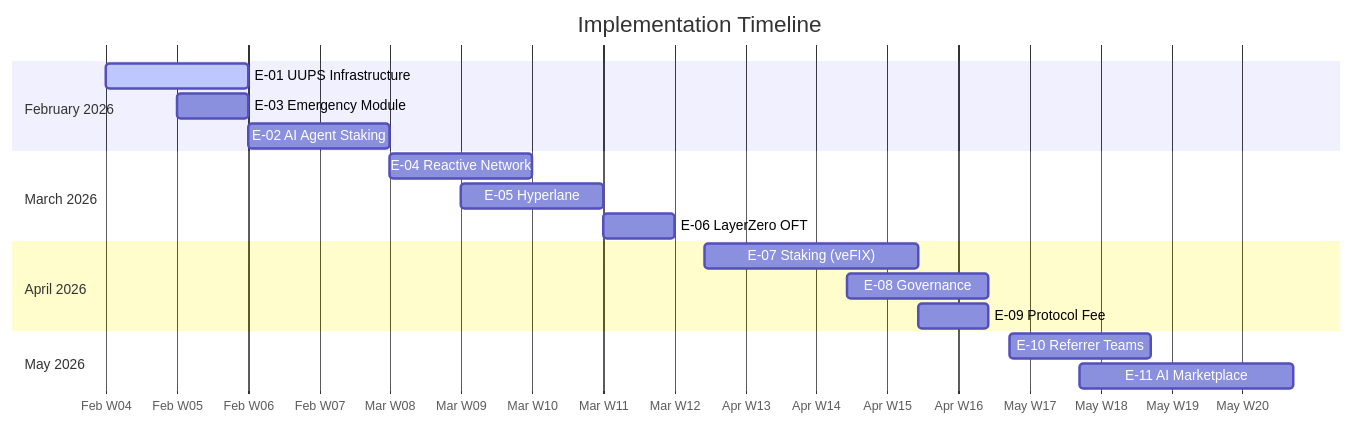
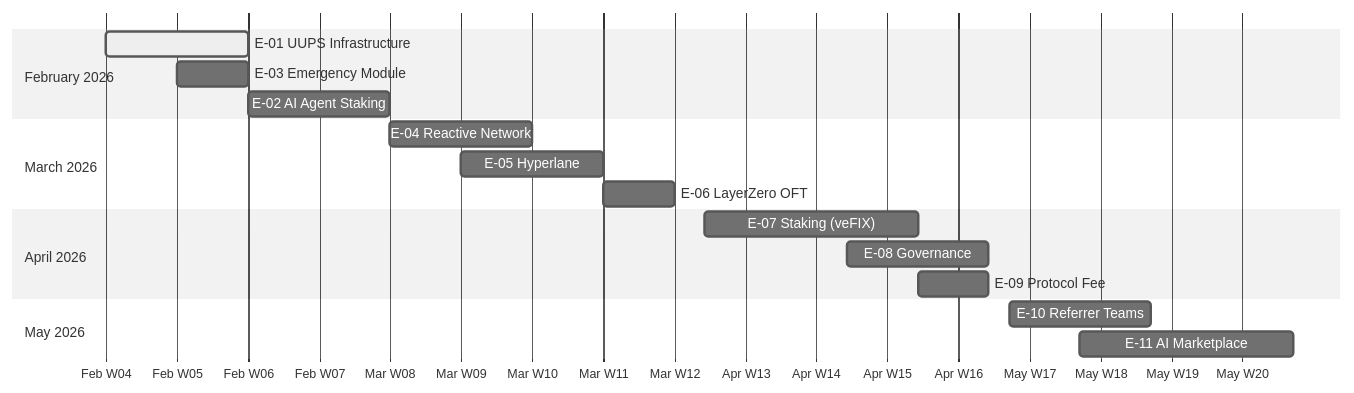
One commit to guglxni/the-fixer-hook changed the diagram in docs/IMPLEMENTATION_TASKS.md. Above: the diagram before and after it, drawn with Mermaid. The commit also changed other lines of this file and 514 other files, not shown here.

Commit message:
Clean docs: remove emojis, add professional mermaid styling

````diff
--- a/docs/IMPLEMENTATION_TASKS.md
+++ b/docs/IMPLEMENTATION_TASKS.md
@@ -900,25 +900,21 @@
 ```mermaid
+%%{init: {'theme': 'neutral', 'themeVariables': { 'primaryColor': '#2563eb', 'primaryTextColor': '#1e293b', 'primaryBorderColor': '#3b82f6', 'lineColor': '#64748b', 'secondaryColor': '#f1f5f9', 'tertiaryColor': '#e2e8f0'}}}%%
 gantt
-    title Implementation Timeline
     dateFormat YYYY-MM-DD
     axisFormat %b W%W
-
     section February 2026
     E-01 UUPS Infrastructure    :active, e01, 2026-02-01, 2w
     E-03 Emergency Module       :e03, 2026-02-08, 1w
     E-02 AI Agent Staking       :e02, 2026-02-15, 2w
-
     section March 2026
     E-04 Reactive Network       :e04, 2026-03-01, 2w
     E-05 Hyperlane              :e05, 2026-03-08, 2w
     E-06 LayerZero OFT          :e06, 2026-03-22, 1w
-
     section April 2026
     E-07 Staking (veFIX)        :e07, 2026-04-01, 3w
     E-08 Governance             :e08, 2026-04-15, 2w
     E-09 Protocol Fee           :e09, 2026-04-22, 1w
-
     section May 2026
     E-10 Referrer Teams         :e10, 2026-05-01, 2w
     E-11 AI Marketplace         :e11, 2026-05-08, 3w
 ```
````
